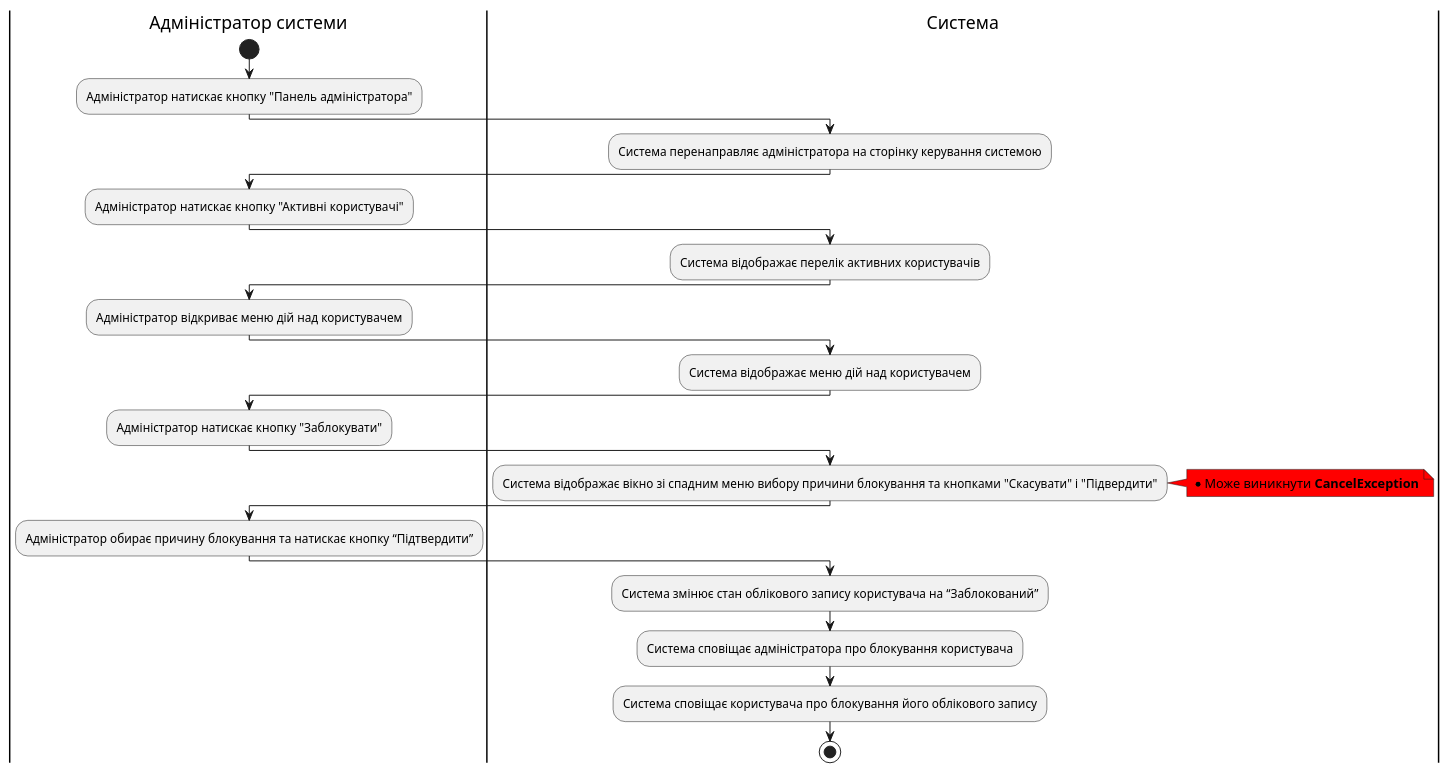
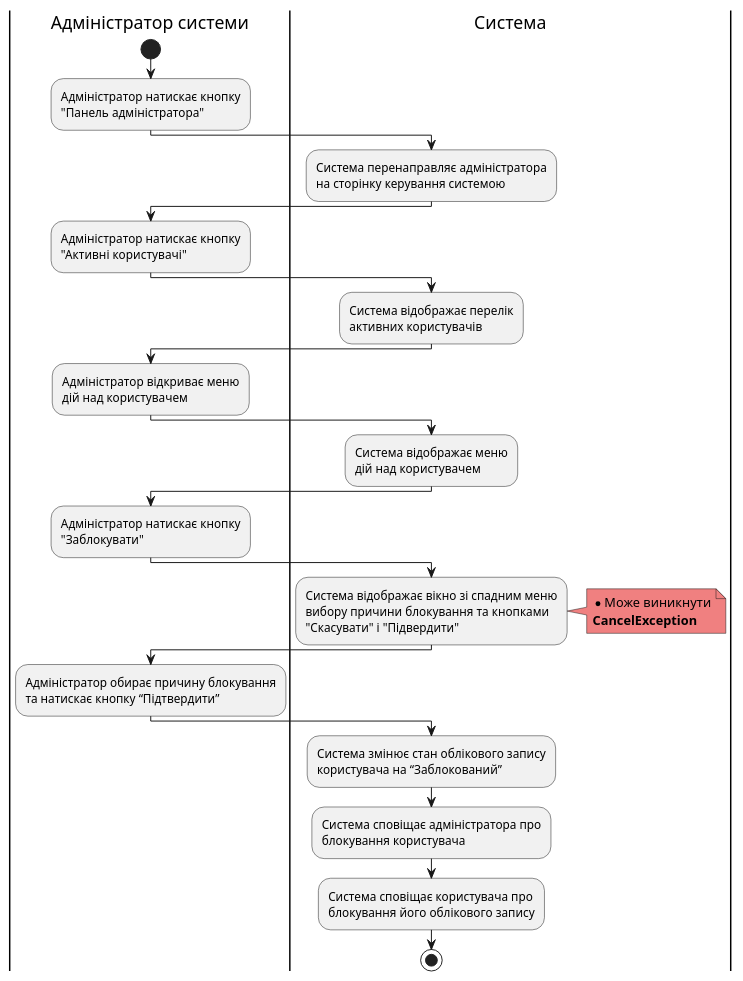
One commit to samoilenkomariia/db-coursework changed the seventh of 9 diagrams in docs/use cases/README.md. Above: the diagram before and after it, drawn with PlantUML. The commit also changed other lines of this file, not shown here.

```diff
--- a/docs/use cases/README.md
+++ b/docs/use cases/README.md
@@ -268,31 +269,32 @@
 @startuml
 
     |Адміністратор системи|
     start
-    :Адміністратор натискає кнопку "Панель адміністратора";
+    :Адміністратор натискає кнопку\n"Панель адміністратора";
     |Система|
-    :Система перенаправляє адміністратора на сторінку керування системою;
+    :Система перенаправляє адміністратора\nна сторінку керування системою;
     |Адміністратор системи|
-    :Адміністратор натискає кнопку "Активні користувачі";
+    :Адміністратор натискає кнопку\n"Активні користувачі";
     |Система|
-    :Система відображає перелік активних користувачів;
+    :Система відображає перелік\nактивних користувачів;
     |Адміністратор системи|
-    :Адміністратор відкриває меню дій над користувачем;
+    :Адміністратор відкриває меню\nдій над користувачем;
     |Система|
-    :Система відображає меню дій над користувачем;
+    :Система відображає меню\nдій над користувачем;
     |Адміністратор системи|
-    :Адміністратор натискає кнопку "Заблокувати";
+    :Адміністратор натискає кнопку\n"Заблокувати";
     |Система|
-    :Система відображає вікно зі спадним меню вибору причини блокування та кнопками "Скасувати" і "Підвердити";
-    note right #red
-        * Може виникнути <b>CancelException</b>
+    :Система відображає вікно зі спадним меню\nвибору причини блокування та кнопками\n"Скасувати" і "Підвердити";
+    note right #lightcoral
+        * Може виникнути
+        <b>CancelException</b>
     end note
     |Адміністратор системи|
-    :Адміністратор обирає причину блокування та натискає кнопку “Підтвердити”;
+    :Адміністратор обирає причину блокування\nта натискає кнопку “Підтвердити”;
     |Система|
-    :Система змінює стан облікового запису користувача на “Заблокований”;
-    :Система сповіщає адміністратора про блокування користувача;
-    :Система сповіщає користувача про блокування його облікового запису;
+    :Система змінює стан облікового запису\nкористувача на “Заблокований”;
+    :Система сповіщає адміністратора про\nблокування користувача;
+    :Система сповіщає користувача про\nблокування його облікового запису;
     stop
 
 @enduml
```
